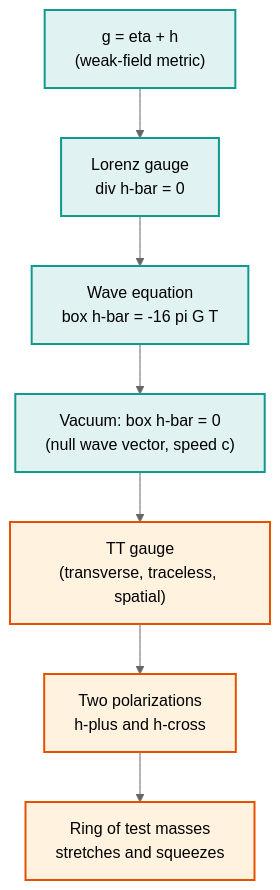
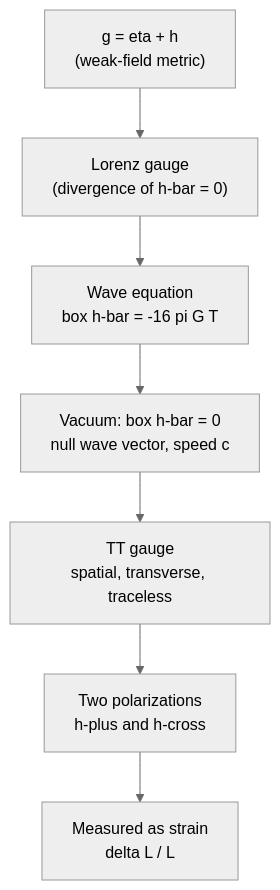
Before and after one commit to AndrewAltimit/Documentation: the first of 3 diagrams in github-pages/docs/physics/relativity/gravitational-waves.md, drawn with Mermaid (neutral theme). The commit also changed other lines of this file and 240 other files, not shown here.

````diff
--- a/github-pages/docs/physics/relativity/gravitational-waves.md
+++ b/github-pages/docs/physics/relativity/gravitational-waves.md
@@ -104,13 +185,9 @@
 ```mermaid
 graph TD
-    GMETRIC["g = eta + h<br/>(weak-field metric)"] --> LORENZ["Lorenz gauge<br/>div h-bar = 0"]
-    LORENZ --> WAVE["Wave equation<br/>box h-bar = -16 pi G T"]
-    WAVE --> VAC["Vacuum: box h-bar = 0<br/>(null wave vector, speed c)"]
-    VAC --> TT["TT gauge<br/>(transverse, traceless, spatial)"]
-    TT --> POL["Two polarizations<br/>h-plus and h-cross"]
-    POL --> RING["Ring of test masses<br/>stretches and squeezes"]
-    classDef setup fill:#e0f2f1,stroke:#11998e,stroke-width:2px;
-    classDef phys fill:#fff3e0,stroke:#e65100,stroke-width:2px;
-    class GMETRIC,LORENZ,WAVE,VAC setup;
-    class TT,POL,RING phys;
+    A["g = eta + h<br/>(weak-field metric)"] --> B["Lorenz gauge<br/>(divergence of h-bar = 0)"]
+    B --> C["Wave equation<br/>box h-bar = -16 pi G T"]
+    C --> D["Vacuum: box h-bar = 0<br/>null wave vector, speed c"]
+    D --> E["TT gauge<br/>spatial, transverse, traceless"]
+    E --> F["Two polarizations<br/>h-plus and h-cross"]
+    F --> G["Measured as strain<br/>delta L / L"]
 ```
````
